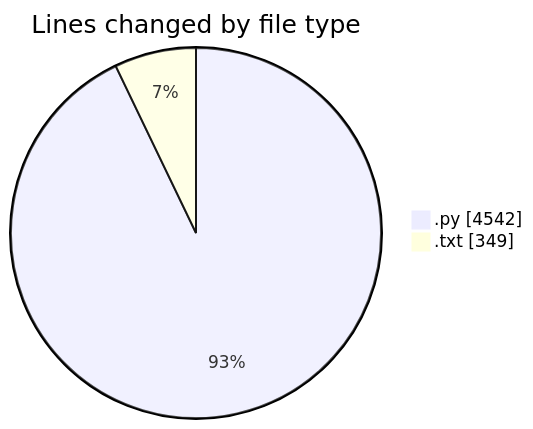
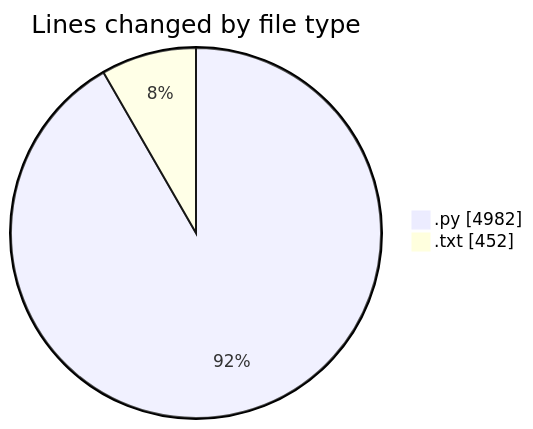
One commit to Ritupan-Deka/code-tracking changed the first of 2 diagrams in 2025-05-26/zip_file/README.md. Above: the diagram before and after it, drawn with Mermaid. The commit also changed other lines of this file and 1 other file, not shown here.

````diff
--- a/2025-05-26/zip_file/README.md
+++ b/2025-05-26/zip_file/README.md
@@ -37,6 +37,6 @@
 ```mermaid
 pie showData
 title Lines changed by file type
-".py" : 4542
-".txt" : 349
+".py" : 4982
+".txt" : 452
 ```
````
